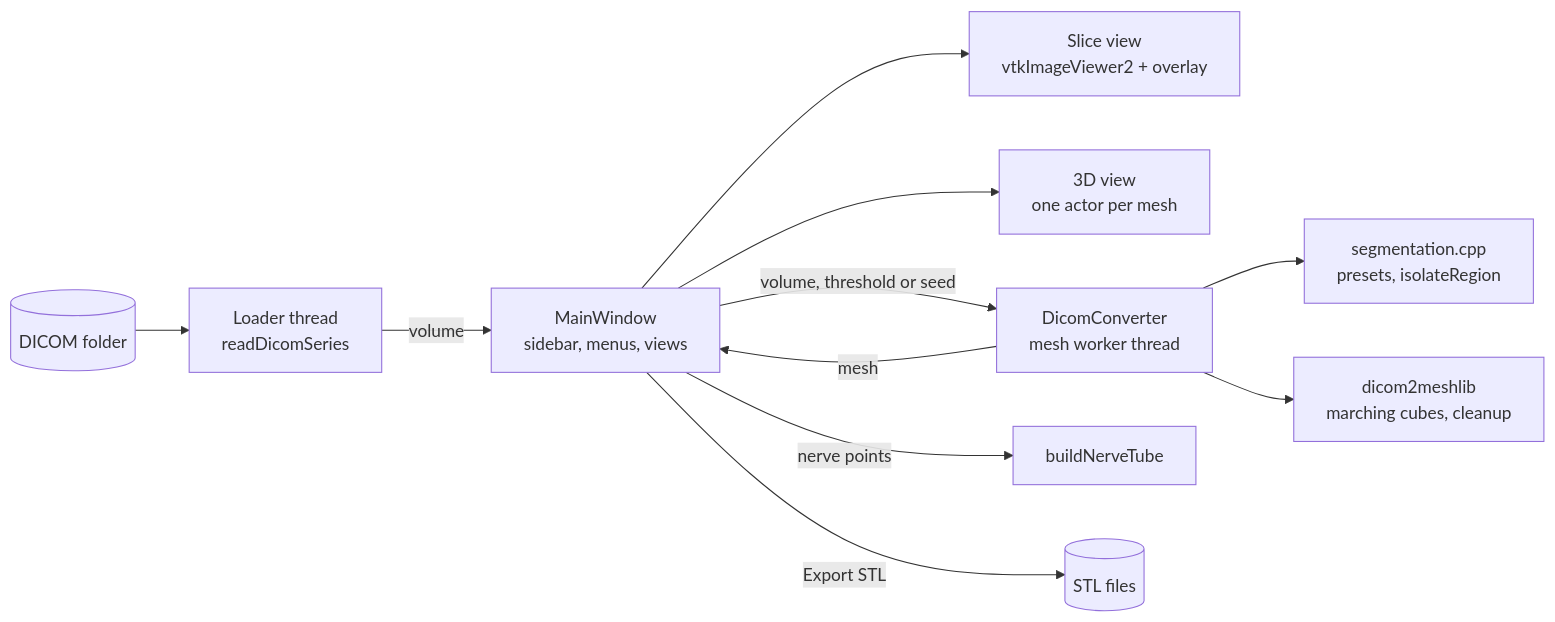
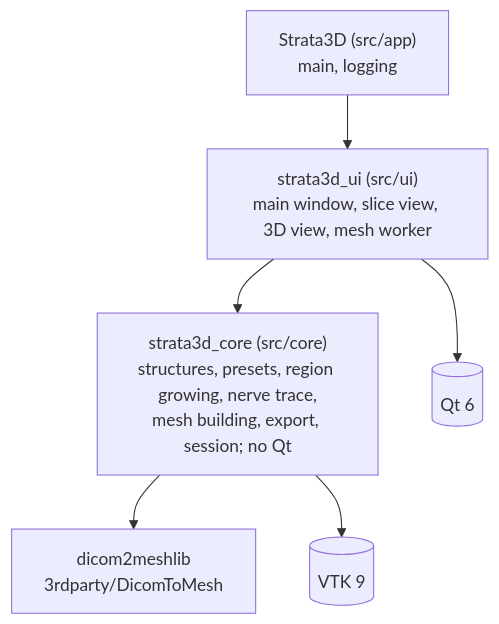
One commit to hamzaqureshi5/Strata3D changed the diagram in README.md. Above: the diagram before and after it, drawn with Mermaid. The commit also changed other lines of this file and 127 other files, not shown here.

````diff
--- a/README.md
+++ b/README.md
@@ -154,13 +155,8 @@
 ```mermaid
-flowchart LR
-    DICOM[("DICOM folder")] --> LOAD["Loader thread<br/>readDicomSeries"]
-    LOAD -->|volume| MW["MainWindow<br/>sidebar, menus, views"]
-    MW --> SLICE["Slice view<br/>vtkImageViewer2 + overlay"]
-    MW --> VIEW3D["3D view<br/>one actor per mesh"]
-    MW -->|"volume, threshold or seed"| CONV["DicomConverter<br/>mesh worker thread"]
-    CONV --> SEG["segmentation.cpp<br/>presets, isolateRegion"]
-    CONV --> LIB["dicom2meshlib<br/>marching cubes, cleanup"]
-    CONV -->|mesh| MW
-    MW -->|"nerve points"| TUBE["buildNerveTube"]
-    MW -->|"Export STL"| STL[("STL files")]
+flowchart TB
+    APP["Strata3D (src/app)<br/>main, logging"] --> UI["strata3d_ui (src/ui)<br/>main window, slice view, 3D view, mesh worker"]
+    UI --> CORE["strata3d_core (src/core)<br/>structures, presets, region growing, nerve trace,<br/>mesh building, export, session; no Qt"]
+    CORE --> LIB["dicom2meshlib<br/>3rdparty/DicomToMesh"]
+    UI --> QT[("Qt 6")]
+    CORE --> VTK[("VTK 9")]
 ```
````
